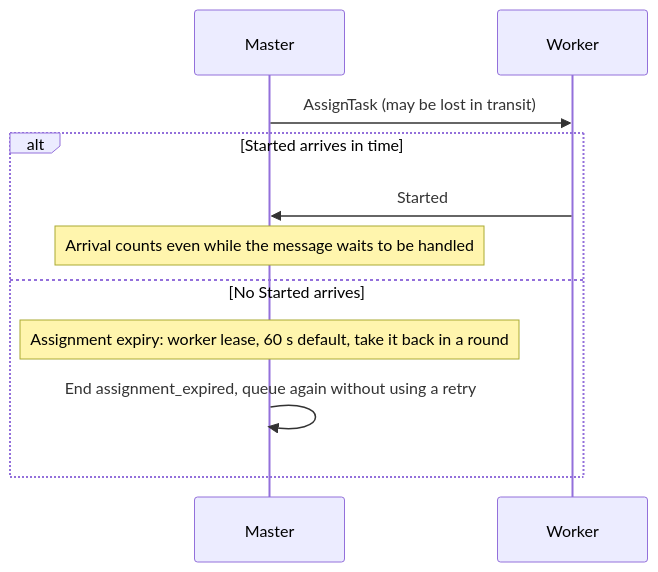
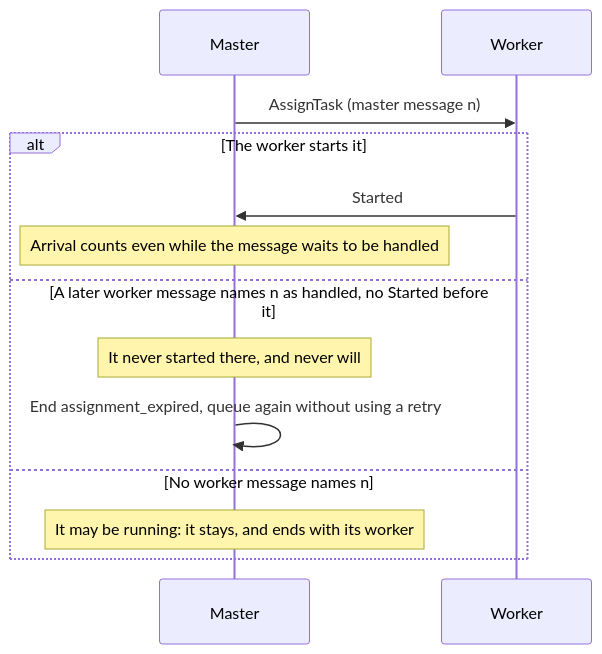
The fifth of 18 diagrams in docs/03-guide/15-protocol.md (ptutak/schedr), drawn with Mermaid before and after one commit. The commit also changed other lines of this file and 165 other files, not shown here.

````diff
--- a/docs/03-guide/15-protocol.md
+++ b/docs/03-guide/15-protocol.md
@@ -113,13 +113,15 @@
 ```{mermaid}
 sequenceDiagram
     participant M as Master
     participant W as Worker
-    M->>W: AssignTask (may be lost in transit)
-    alt Started arrives in time
+    M->>W: AssignTask (master message n)
+    alt The worker starts it
         W->>M: Started
         Note over M: Arrival counts even while the message waits to be handled
-    else No Started arrives
-        Note over M: Assignment expiry: worker lease, 60 s default, take it back in a round
+    else A later worker message names n as handled, no Started before it
+        Note over M: It never started there, and never will
         M->>M: End assignment_expired, queue again without using a retry
+    else No worker message names n
+        Note over M: It may be running: it stays, and ends with its worker
     end
 ```
````
